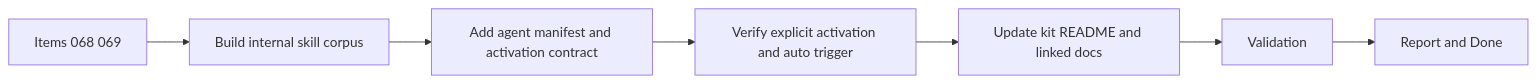
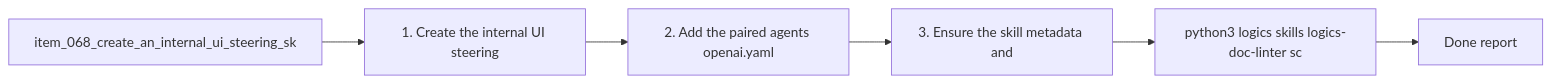
One commit to AlexAgo83/logics-manager changed the diagram in logics/tasks/task_071_orchestration_delivery_for_internal_ui_steering_skill_and_agent.md. Above: the diagram before and after it, drawn with Mermaid. The commit also changed other lines of this file and 481 other files, not shown here.

````diff
--- a/logics/tasks/task_071_orchestration_delivery_for_internal_ui_steering_skill_and_agent.md
+++ b/logics/tasks/task_071_orchestration_delivery_for_internal_ui_steering_skill_and_agent.md
@@ -27,10 +27,10 @@
 ```mermaid
+%% logics-kind: task
 %% logics-signature: task|orchestration-delivery-for-internal-ui-s|item-068-create-an-internal-ui-steering-|1-create-the-internal-ui-steering|python3-logics-skills-logics-doc-linter-
 flowchart LR
-    Backlog[Items 068 069] --> Step1[Build internal skill corpus]
-    Step1 --> Step2[Add agent manifest and activation contract]
-    Step2 --> Step3[Verify explicit activation and auto trigger]
-    Step3 --> Step4[Update kit README and linked docs]
-    Step4 --> Validation[Validation]
-    Validation --> Report[Report and Done]
+    Backlog[item_068_create_an_internal_ui_steering_sk] --> Step1[1. Create the internal UI steering]
+    Step1 --> Step2[2. Add the paired agents openai.yaml]
+    Step2 --> Step3[3. Ensure the skill metadata and]
+    Step3 --> Validation[python3 logics skills logics-doc-linter sc]
+    Validation --> Report[Done report]
 ```
````
